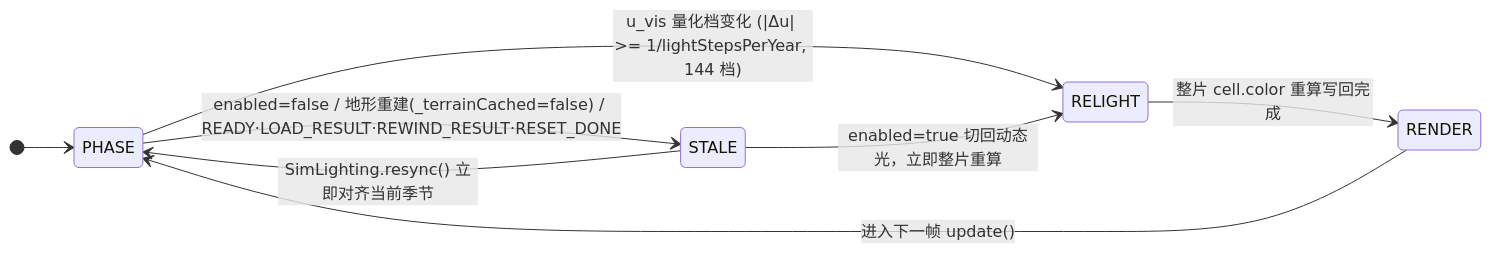
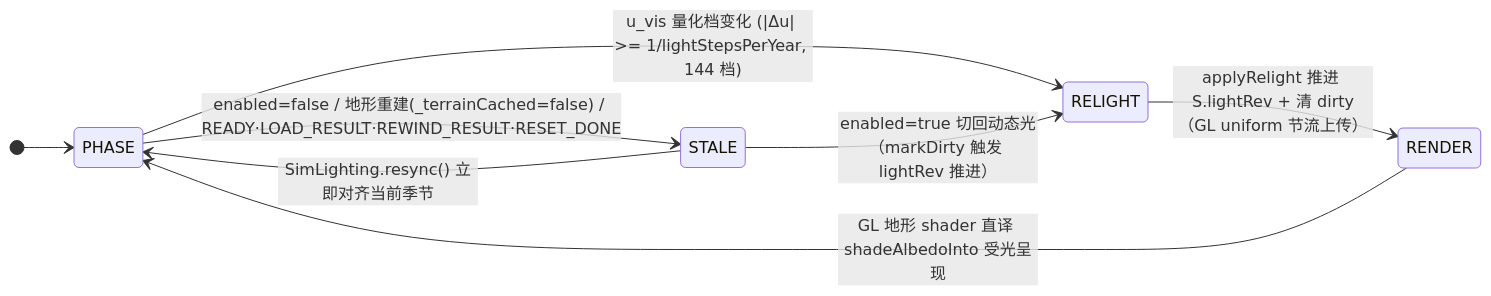
The diagram in docs/current/tech/17-seasonal-lighting.md (g39088902/FlowAndAccord), drawn with Mermaid before and after one commit. The commit also changed other lines of this file and 48 other files, not shown here.

````diff
--- a/docs/current/tech/17-seasonal-lighting.md
+++ b/docs/current/tech/17-seasonal-lighting.md
@@ -14,11 +14,11 @@
 ```mermaid
 stateDiagram-v2
     direction LR
     [*] --> PHASE
     PHASE --> RELIGHT : u_vis 量化档变化 (|Δu| >= 1/lightStepsPerYear, 144 档)
-    RELIGHT --> RENDER : 整片 cell.color 重算写回完成
-    RENDER --> PHASE : 进入下一帧 update()
+    RELIGHT --> RENDER : applyRelight 推进 S.lightRev + 清 dirty（GL uniform 节流上传）
+    RENDER --> PHASE : GL 地形 shader 直译 shadeAlbedoInto 受光呈现
     PHASE --> STALE : enabled=false / 地形重建(_terrainCached=false) / READY·LOAD_RESULT·REWIND_RESULT·RESET_DONE
     STALE --> PHASE : SimLighting.resync() 立即对齐当前季节
-    STALE --> RELIGHT : enabled=true 切回动态光，立即整片重算
+    STALE --> RELIGHT : enabled=true 切回动态光（markDirty 触发 lightRev 推进）
 ```
````
